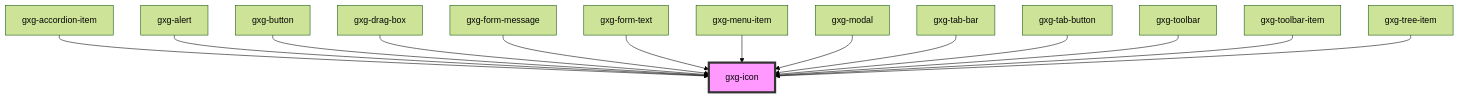
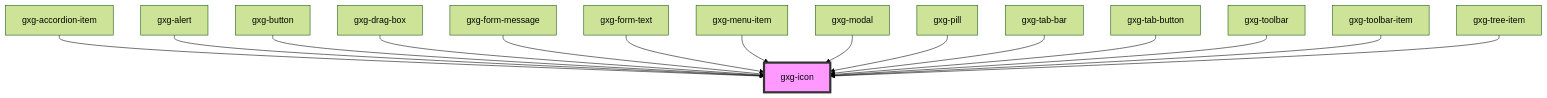
The diagram in src/components/icon/readme.md (genexuslabs/gemini), drawn with Mermaid (forest theme) before and after one commit. The commit also changed other lines of this file and 9 other files, not shown here.

````diff
--- a/src/components/icon/readme.md
+++ b/src/components/icon/readme.md
@@ -34,17 +35,18 @@
 ```mermaid
 graph TD;
   gxg-accordion-item --> gxg-icon
   gxg-alert --> gxg-icon
   gxg-button --> gxg-icon
   gxg-drag-box --> gxg-icon
   gxg-form-message --> gxg-icon
   gxg-form-text --> gxg-icon
   gxg-menu-item --> gxg-icon
   gxg-modal --> gxg-icon
+  gxg-pill --> gxg-icon
   gxg-tab-bar --> gxg-icon
   gxg-tab-button --> gxg-icon
   gxg-toolbar --> gxg-icon
   gxg-toolbar-item --> gxg-icon
   gxg-tree-item --> gxg-icon
   style gxg-icon fill:#f9f,stroke:#333,stroke-width:4px
 ```
````
